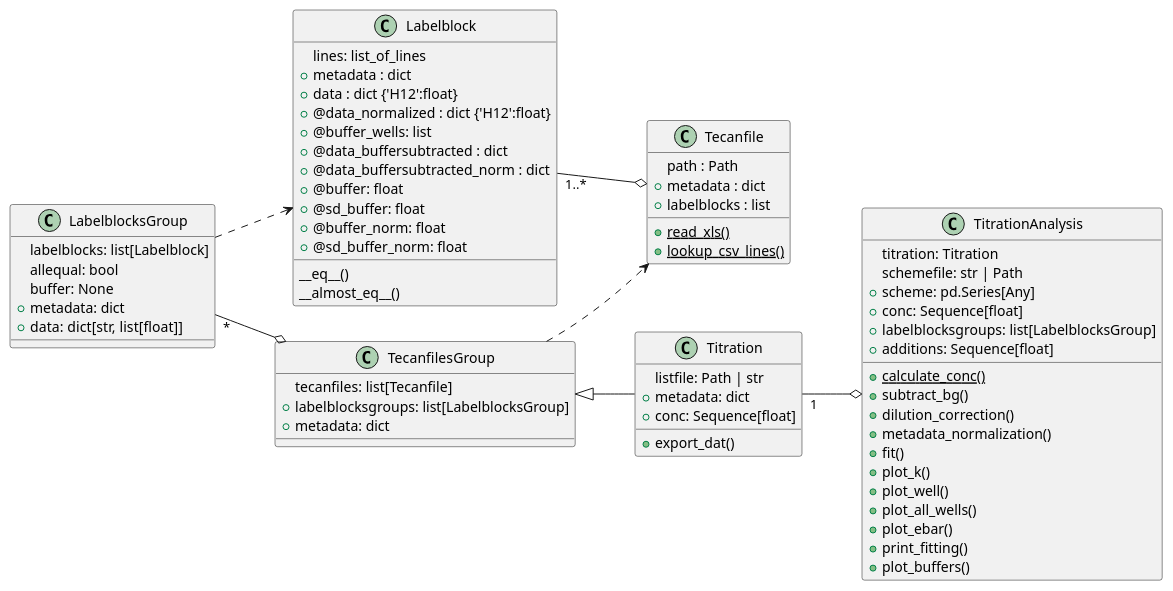
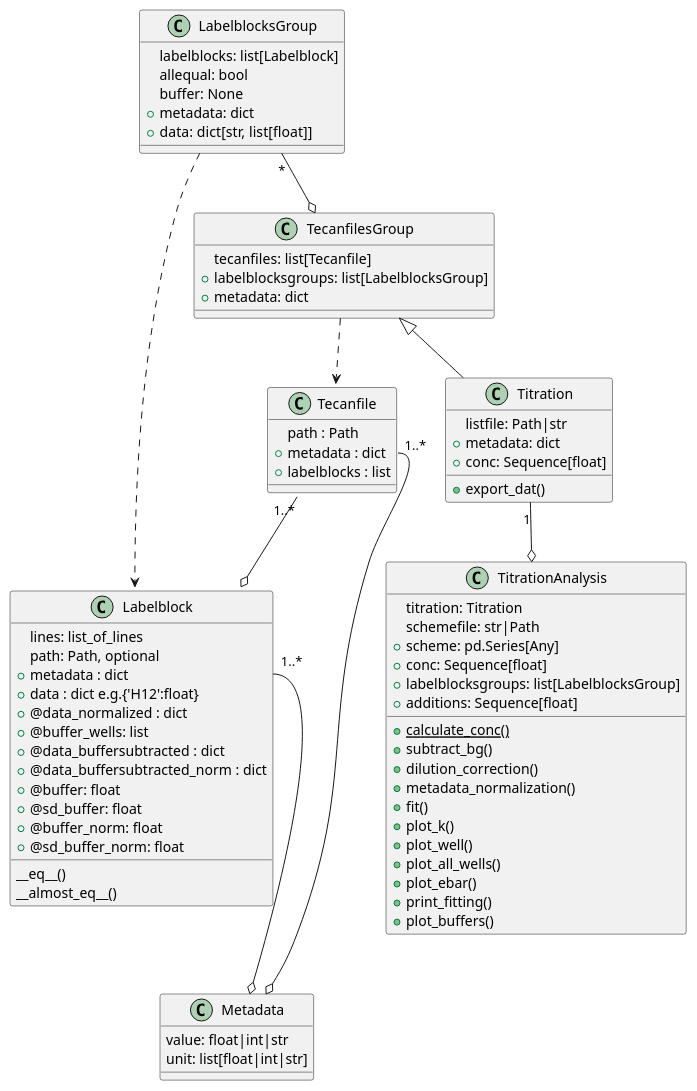
One commit to darosio/ClopHfit changed the diagram in docs/api/prtecan.uml.rst. Above: the diagram before and after it, drawn with PlantUML. The commit also changed 4 other files, not shown here.

```diff
--- a/docs/api/prtecan.uml.rst
+++ b/docs/api/prtecan.uml.rst
@@ -1,77 +1,81 @@
 .. uml::
-
-   left to right direction
-
+   
+   class Metadata{
+     value: float|int|str
+	 unit: list[float|int|str]
+   }
+   
    class Labelblock{
      lines: list_of_lines
+	 path: Path, optional
      +metadata : dict
-     +data : dict {'H12':float}
-     +@data_normalized : dict {'H12':float}
+     +data : dict e.g.{'H12':float}
+     +@data_normalized : dict
 	 +@buffer_wells: list
      +@data_buffersubtracted : dict
      +@data_buffersubtracted_norm : dict
 	 +@buffer: float
 	 +@sd_buffer: float
 	 +@buffer_norm: float
 	 +@sd_buffer_norm: float
 	 __eq__()
      __almost_eq__()
    }
 
-   Labelblock "1..*" --o Tecanfile
+   Tecanfile "1..*" --o Labelblock
+   Tecanfile::metadata "1..*" --o Metadata
+   Labelblock::metadata "1..*" --o Metadata
 
    class Tecanfile{
      path : Path
 	 +metadata : dict
 	 +labelblocks : list
-	 {static} +read_xls()
-	 {static} +lookup_csv_lines()
    }
 
    LabelblocksGroup ..> Labelblock
    TecanfilesGroup ..> Tecanfile
 
    LabelblocksGroup "*" --o TecanfilesGroup
    TecanfilesGroup <|-- Titration
    Titration "1" --o TitrationAnalysis
 
    class LabelblocksGroup{
      labelblocks: list[Labelblock]
 	 allequal: bool
 	 buffer: None
 	 +metadata: dict
 	 +data: dict[str, list[float]]
    }
 
    class TecanfilesGroup{
      tecanfiles: list[Tecanfile]
 	 +labelblocksgroups: list[LabelblocksGroup]
 	 +metadata: dict
    }
 
    class Titration{
-     listfile: Path | str
+     listfile: Path|str
 	 +metadata: dict
 	 +conc: Sequence[float]
 	 +export_dat()
    }
 
    class TitrationAnalysis{
      titration: Titration
-	 schemefile: str | Path
+	 schemefile: str|Path
 	 +scheme: pd.Series[Any]
 	 +conc: Sequence[float]
 	 +labelblocksgroups: list[LabelblocksGroup]
 	 +additions: Sequence[float]
 	 {static} +calculate_conc()
 	 +subtract_bg()
 	 +dilution_correction()
 	 +metadata_normalization()
 	 +fit()
 	 +plot_k()
 	 +plot_well()
 	 +plot_all_wells()
 	 +plot_ebar()
 	 +print_fitting()
 	 +plot_buffers()
    }
```
